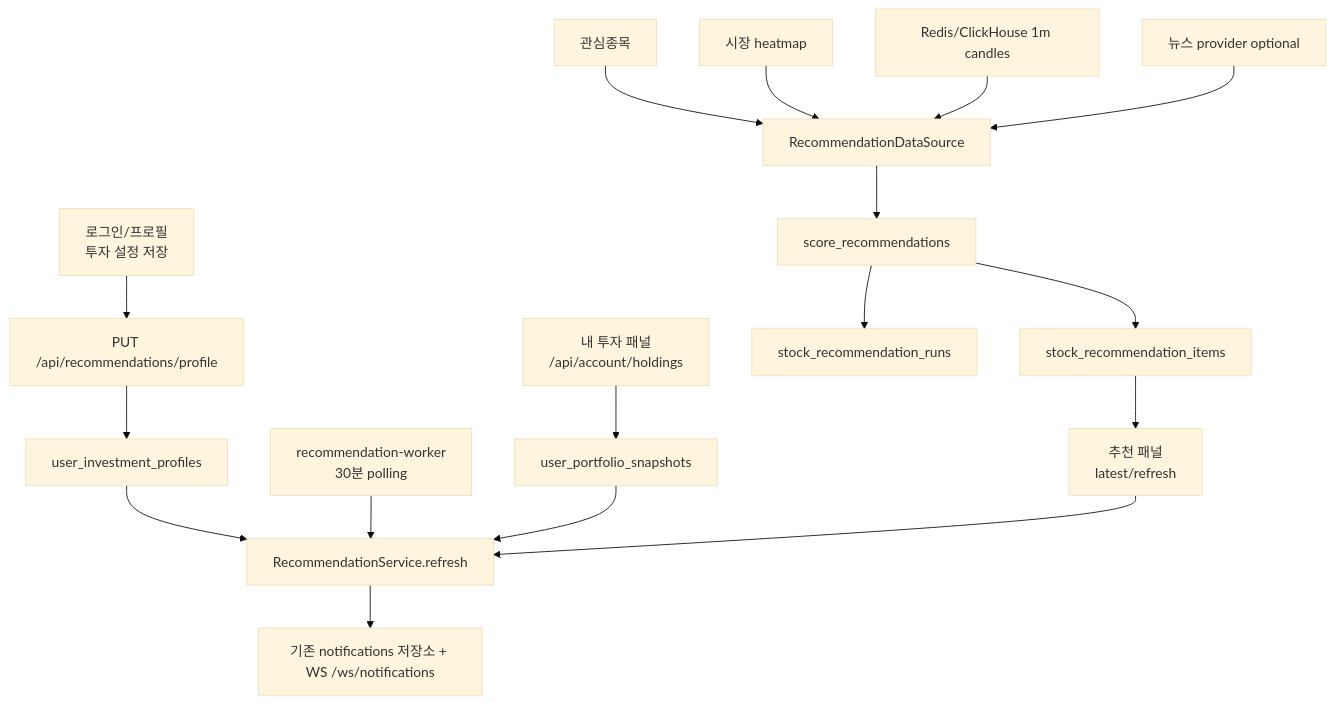
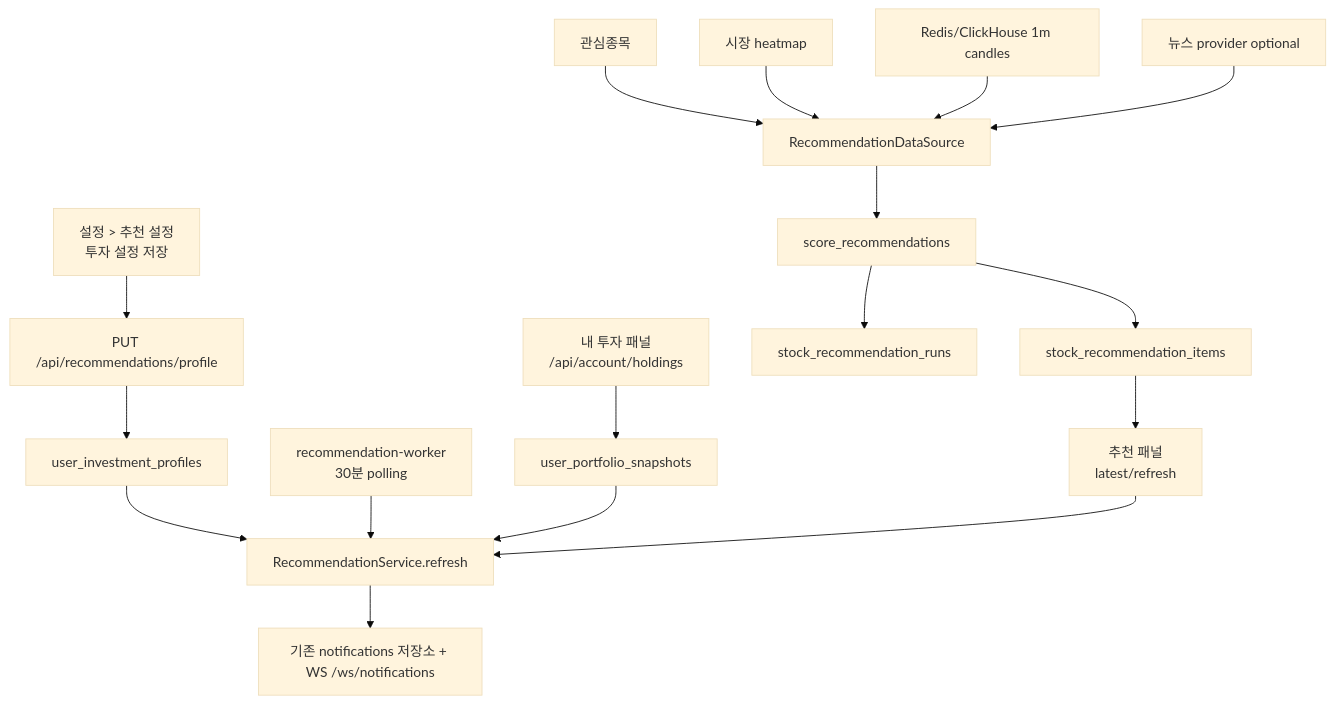
One commit to seunglee10/GOPS-BE changed the diagram in docs/STOCK_RECOMMENDATION_PANEL.md. Above: the diagram before and after it, drawn with Mermaid (base theme). The commit also changed other lines of this file and 9 other files, not shown here.

````diff
--- a/docs/STOCK_RECOMMENDATION_PANEL.md
+++ b/docs/STOCK_RECOMMENDATION_PANEL.md
@@ -41,19 +40,19 @@
 ```mermaid
 flowchart TD
-  Profile["로그인/프로필<br/>투자 설정 저장"] --> ProfileAPI["PUT /api/recommendations/profile"]
+  Profile["설정 > 추천 설정<br/>투자 설정 저장"] --> ProfileAPI["PUT /api/recommendations/profile"]
   Holdings["내 투자 패널<br/>/api/account/holdings"] --> Snapshot["user_portfolio_snapshots"]
   Worker["recommendation-worker<br/>30분 polling"] --> Service["RecommendationService.refresh"]
   Panel["추천 패널<br/>latest/refresh"] --> Service
   ProfileAPI --> Profiles["user_investment_profiles"]
   Profiles --> Service
   Snapshot --> Service
   Watchlist["관심종목"] --> DataSource["RecommendationDataSource"]
   Heatmap["시장 heatmap"] --> DataSource
   Candles["Redis/ClickHouse 1m candles"] --> DataSource
   News["뉴스 provider optional"] --> DataSource
   DataSource --> Scoring["score_recommendations"]
   Scoring --> Runs["stock_recommendation_runs"]
   Scoring --> Items["stock_recommendation_items"]
   Service --> Notify["기존 notifications 저장소 + WS /ws/notifications"]
   Items --> Panel
 ```
````
